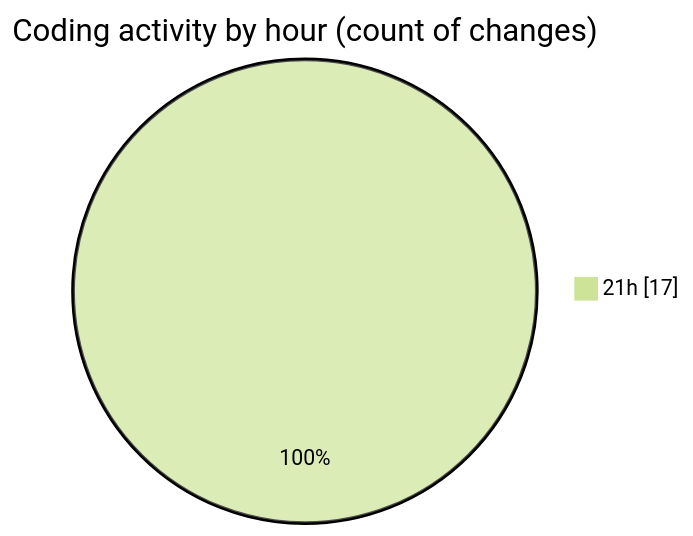
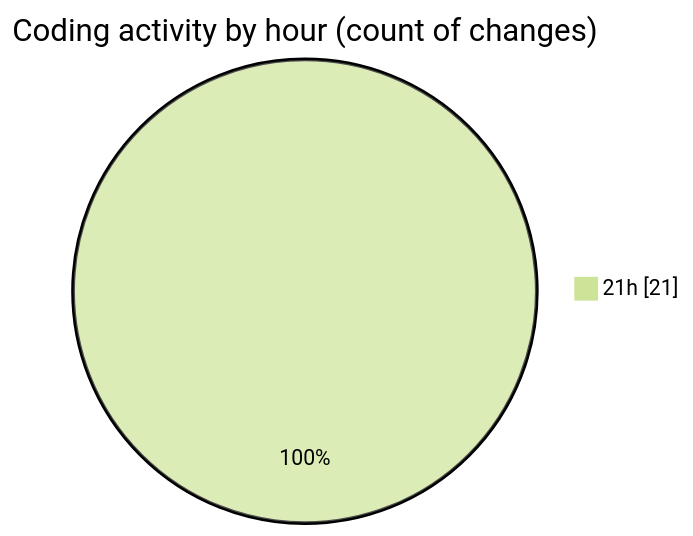
The second of 2 diagrams in 2025-03-26/echo/README.md (Netris89/code-tracking), drawn with Mermaid (forest theme) before and after one commit. The commit also changed other lines of this file and 1 other file, not shown here.

````diff
--- a/2025-03-26/echo/README.md
+++ b/2025-03-26/echo/README.md
@@ -34,5 +34,5 @@
 ```mermaid
 pie showData
 title Coding activity by hour (count of changes)
-"21h" : 17
+"21h" : 21
 ```
````
